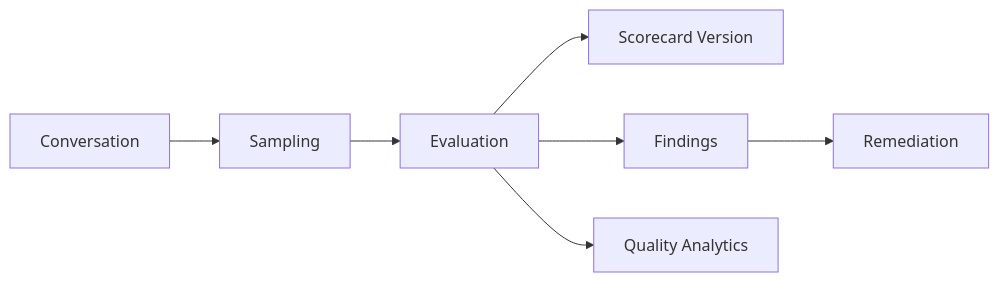
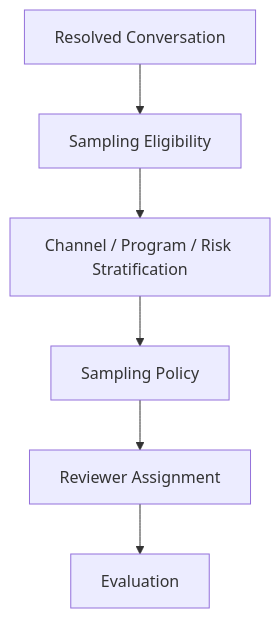
The second of 4 diagrams in docs/domain/quality.md (D-engahmed/OMILINKS), drawn with Mermaid before and after one commit. The commit also changed other lines of this file and 1 other file, not shown here.

Commit message:
docs: deepen quality and billing domains

````diff
--- a/docs/domain/quality.md
+++ b/docs/domain/quality.md
@@ -37,9 +104,8 @@
-```mermaid
-flowchart LR
-CONV[Conversation] --> SAMPLE[Sampling]
-SAMPLE --> EVAL[Evaluation]
-EVAL --> SCORE[Scorecard Version]
-EVAL --> FIND[Findings]
-FIND --> REM[Remediation]
-EVAL --> ANALYTICS[Quality Analytics]
-```
+~~~mermaid
+flowchart TD
+CONV[Resolved Conversation] --> ELIGIBLE[Sampling Eligibility]
+ELIGIBLE --> STRATIFY[Channel / Program / Risk Stratification]
+STRATIFY --> SAMPLE[Sampling Policy]
+SAMPLE --> ASSIGN[Reviewer Assignment]
+ASSIGN --> EVAL[Evaluation]
+~~~
````
